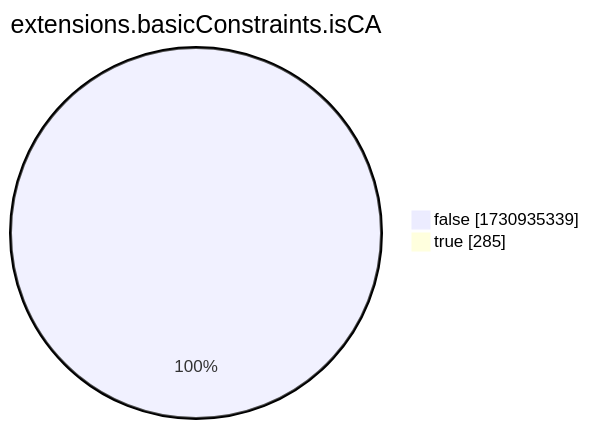
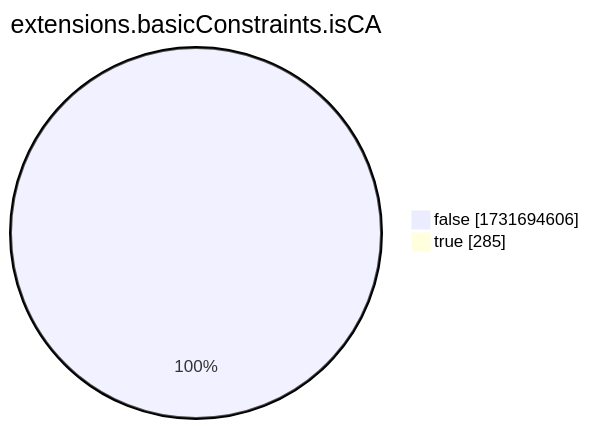
Before and after one commit to christiankrug/ctmonitor_visualization: the eighth of 15 diagrams in xenon2022/README.md, drawn with Mermaid. The commit also changed other lines of this file, not shown here.

````diff
--- a/xenon2022/README.md
+++ b/xenon2022/README.md
@@ -2867,6 +2867,6 @@
 ```mermaid
 pie showData
 title extensions.basicConstraints.isCA
-"false" :1730935339
+"false" :1731694606
 "true" :285
 ```
````
